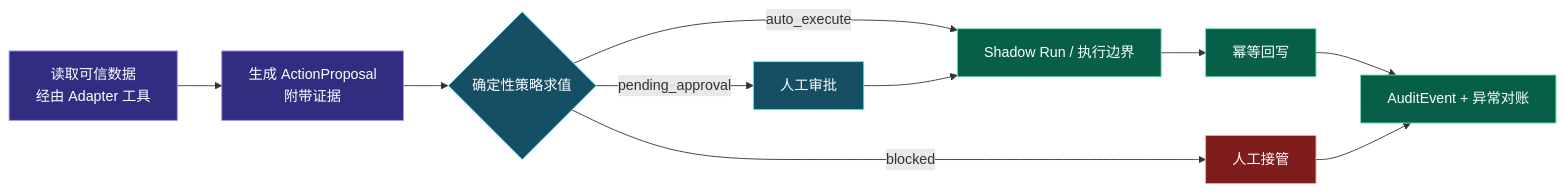
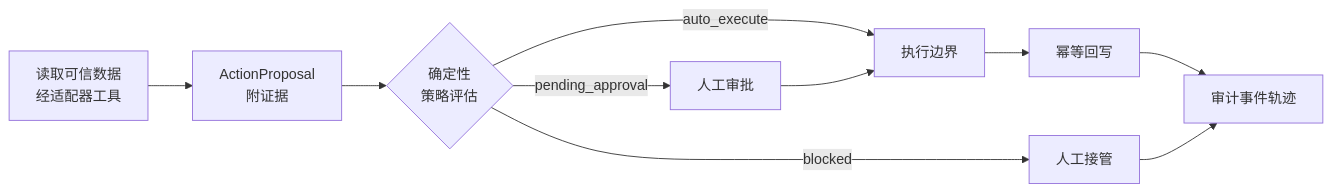
One commit to shidesheng0218/open-support-agent-spec changed the diagram in README.zh-CN.md. Above: the diagram before and after it, drawn with Mermaid. The commit also changed other lines of this file and 1 other file, not shown here.

````diff
--- a/README.zh-CN.md
+++ b/README.zh-CN.md
@@ -273,21 +70,12 @@
 ```mermaid
 flowchart LR
-    A[读取可信数据<br/>经由 Adapter 工具] --> B[生成 ActionProposal<br/>附带证据]
-    B --> C{确定性策略求值}
-    C -->|auto_execute| D[Shadow Run / 执行边界]
+    A[读取可信数据<br/>经适配器工具] --> B[ActionProposal<br/>附证据]
+    B --> C{确定性<br/>策略评估}
+    C -->|auto_execute| D[执行边界]
     C -->|pending_approval| H[人工审批]
     C -->|blocked| X[人工接管]
     H --> D
     D --> W[幂等回写]
-    W --> E[AuditEvent + 异常对账]
+    W --> E[审计事件轨迹]
     X --> E
-
-    classDef input fill:#312E81,stroke:#A78BFA,color:#fff
-    classDef gate fill:#164E63,stroke:#67E8F9,color:#fff
-    classDef outcome fill:#065F46,stroke:#6EE7B7,color:#fff
-    classDef blocked fill:#7F1D1D,stroke:#FCA5A5,color:#fff
-    class A,B input
-    class C,H gate
-    class D,W,E outcome
-    class X blocked
 ```
````
